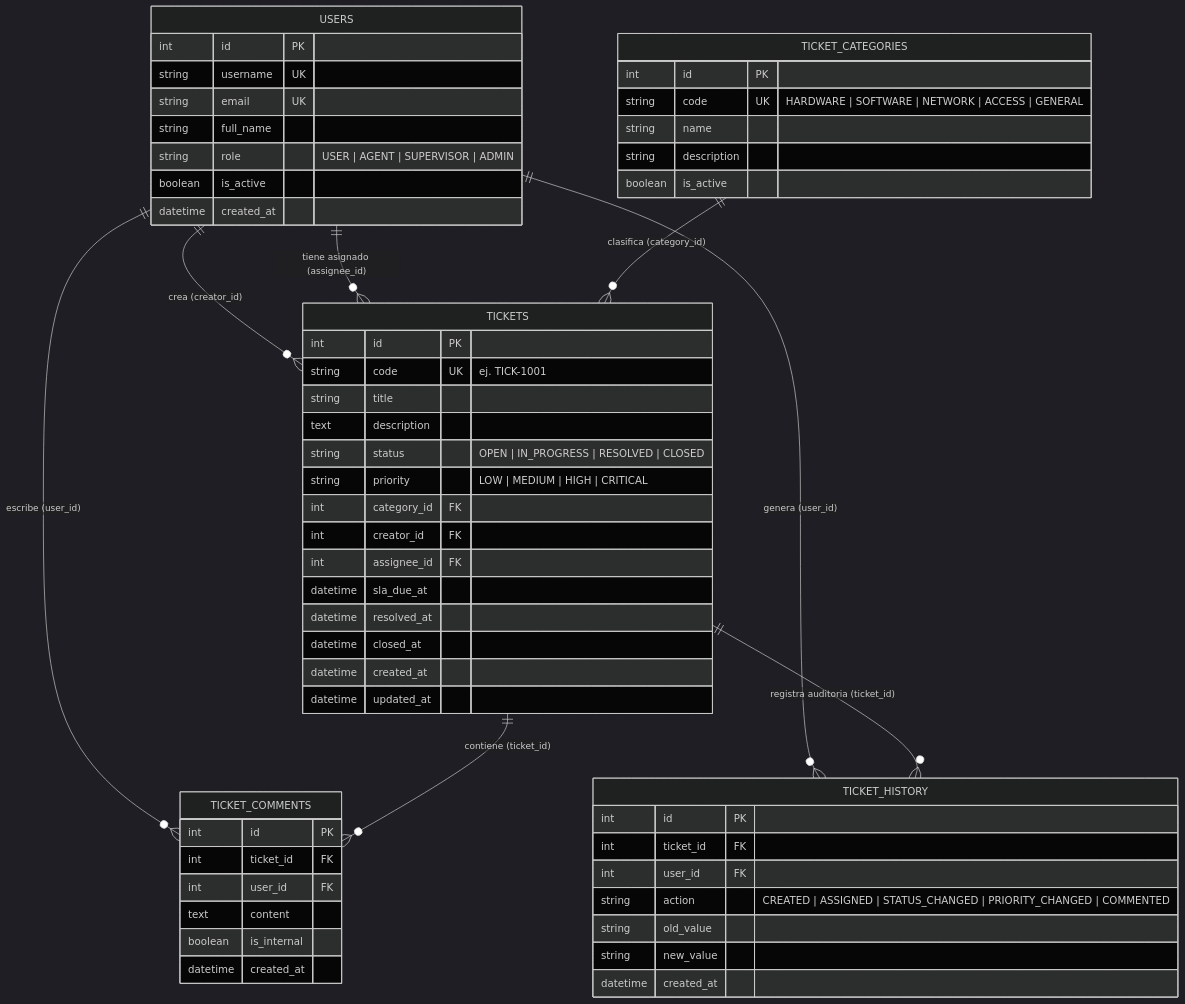
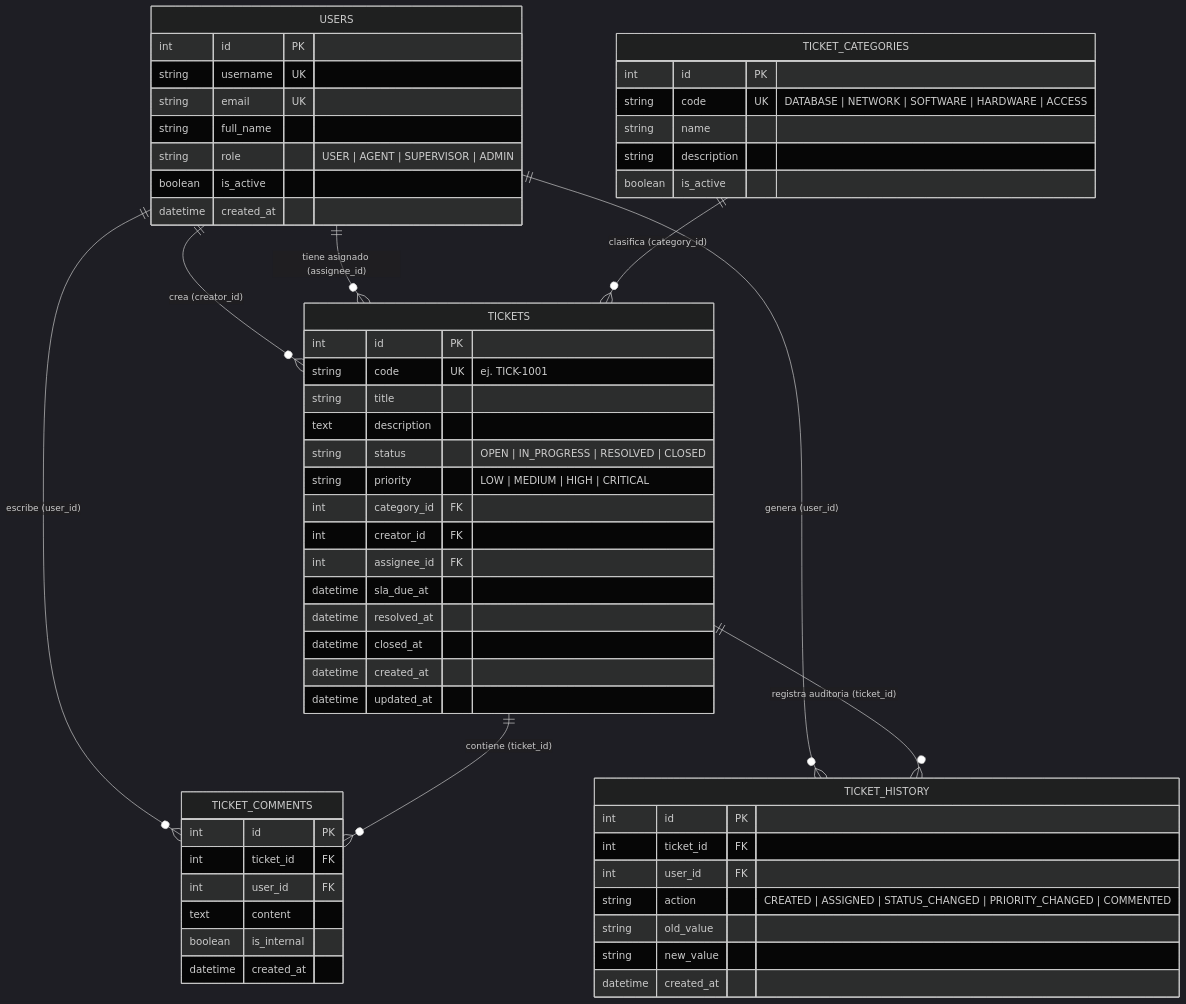
One commit to YamiCueto/case-agents-playground changed the eighth of 8 diagrams in README.md. Above: the diagram before and after it, drawn with Mermaid (dark theme). The commit also changed other lines of this file, not shown here.

````diff
--- a/README.md
+++ b/README.md
@@ -499,64 +499,64 @@
 ```mermaid
 erDiagram
     USERS ||--o{ TICKETS : "crea (creator_id)"
     USERS ||--o{ TICKETS : "tiene asignado (assignee_id)"
     USERS ||--o{ TICKET_COMMENTS : "escribe (user_id)"
     USERS ||--o{ TICKET_HISTORY : "genera (user_id)"
     TICKET_CATEGORIES ||--o{ TICKETS : "clasifica (category_id)"
     TICKETS ||--o{ TICKET_COMMENTS : "contiene (ticket_id)"
     TICKETS ||--o{ TICKET_HISTORY : "registra auditoria (ticket_id)"
 
     USERS {
         int id PK
         string username UK
         string email UK
         string full_name
         string role "USER | AGENT | SUPERVISOR | ADMIN"
         boolean is_active
         datetime created_at
     }
 
     TICKET_CATEGORIES {
         int id PK
-        string code UK "HARDWARE | SOFTWARE | NETWORK | ACCESS | GENERAL"
+        string code UK "DATABASE | NETWORK | SOFTWARE | HARDWARE | ACCESS"
         string name
         string description
         boolean is_active
     }
 
     TICKETS {
         int id PK
         string code UK "ej. TICK-1001"
         string title
         text description
         string status "OPEN | IN_PROGRESS | RESOLVED | CLOSED"
         string priority "LOW | MEDIUM | HIGH | CRITICAL"
         int category_id FK
         int creator_id FK
         int assignee_id FK
         datetime sla_due_at
         datetime resolved_at
         datetime closed_at
         datetime created_at
         datetime updated_at
     }
 
     TICKET_COMMENTS {
         int id PK
         int ticket_id FK
         int user_id FK
         text content
         boolean is_internal
         datetime created_at
     }
 
     TICKET_HISTORY {
         int id PK
         int ticket_id FK
         int user_id FK
         string action "CREATED | ASSIGNED | STATUS_CHANGED | PRIORITY_CHANGED | COMMENTED"
         string old_value
         string new_value
         datetime created_at
     }
 ```
````
